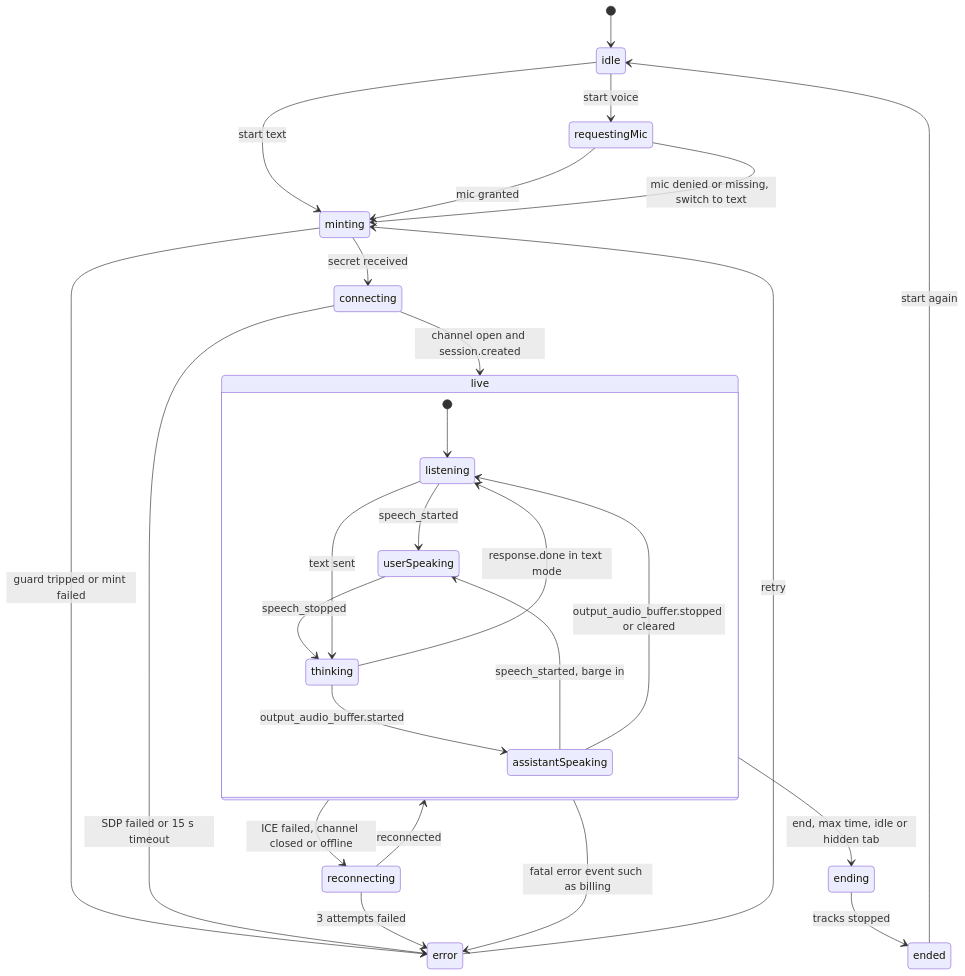
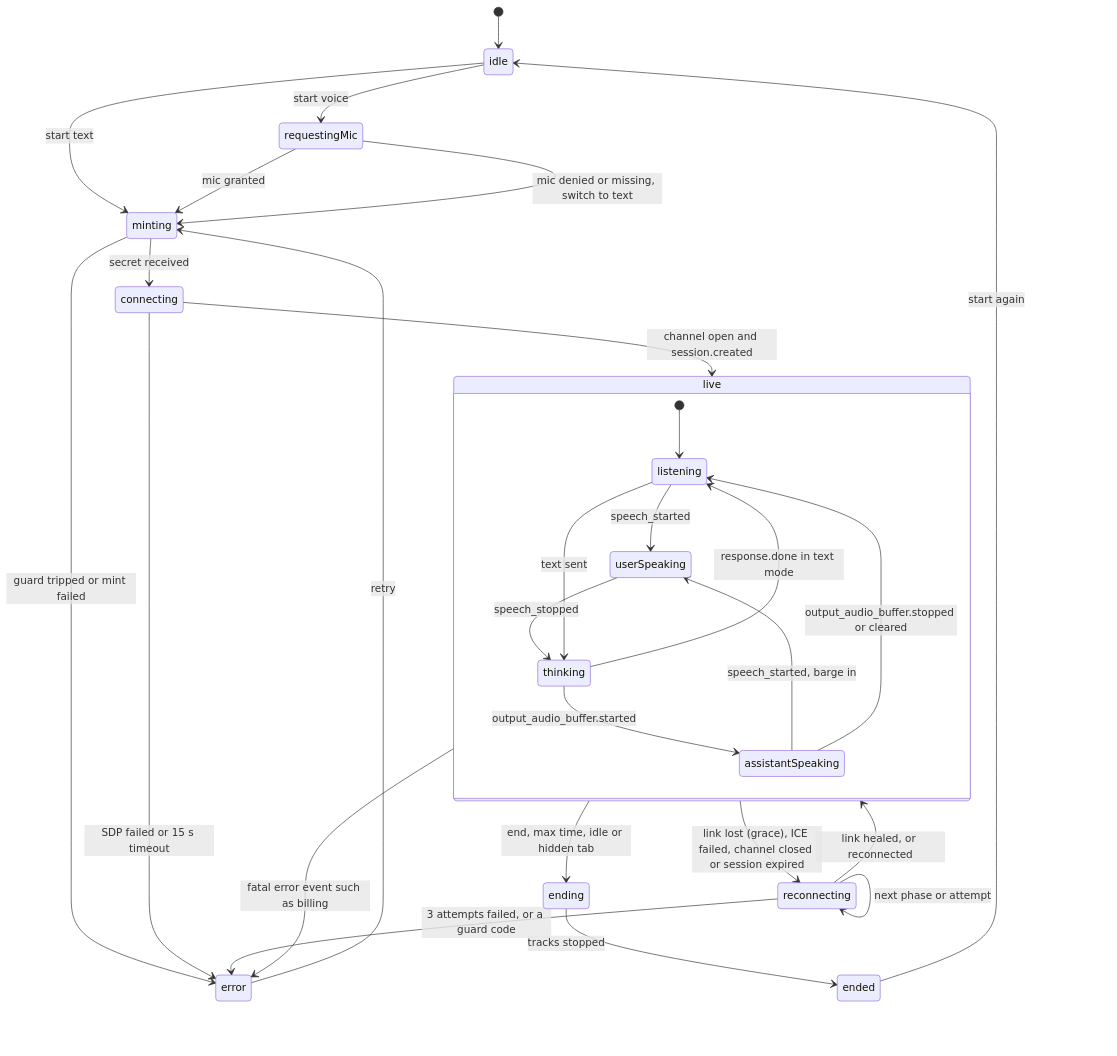
The fifth of 5 diagrams in docs/ARCHITECTURE.md (Otm02/talk-to-doc), drawn with Mermaid before and after one commit. The commit also changed other lines of this file and 60 other files, not shown here.

````diff
--- a/docs/ARCHITECTURE.md
+++ b/docs/ARCHITECTURE.md
@@ -311,30 +341,31 @@
 ```mermaid
 stateDiagram-v2
     [*] --> idle
     idle --> requestingMic: start voice
     idle --> minting: start text
     requestingMic --> minting: mic granted
     requestingMic --> minting: mic denied or missing, switch to text
     minting --> connecting: secret received
     minting --> error: guard tripped or mint failed
     connecting --> live: channel open and session.created
     connecting --> error: SDP failed or 15 s timeout
     state live {
         [*] --> listening
         listening --> userSpeaking: speech_started
         userSpeaking --> thinking: speech_stopped
         listening --> thinking: text sent
         thinking --> assistantSpeaking: output_audio_buffer.started
         thinking --> listening: response.done in text mode
         assistantSpeaking --> userSpeaking: speech_started, barge in
         assistantSpeaking --> listening: output_audio_buffer.stopped or cleared
     }
-    live --> reconnecting: ICE failed, channel closed or offline
-    reconnecting --> live: reconnected
-    reconnecting --> error: 3 attempts failed
+    live --> reconnecting: link lost (grace), ICE failed, channel closed or session expired
+    reconnecting --> reconnecting: next phase or attempt
+    reconnecting --> live: link healed, or reconnected
+    reconnecting --> error: 3 attempts failed, or a guard code
     live --> ending: end, max time, idle or hidden tab
     live --> error: fatal error event such as billing
     ending --> ended: tracks stopped
     error --> minting: retry
     ended --> idle: start again
 ```
````
